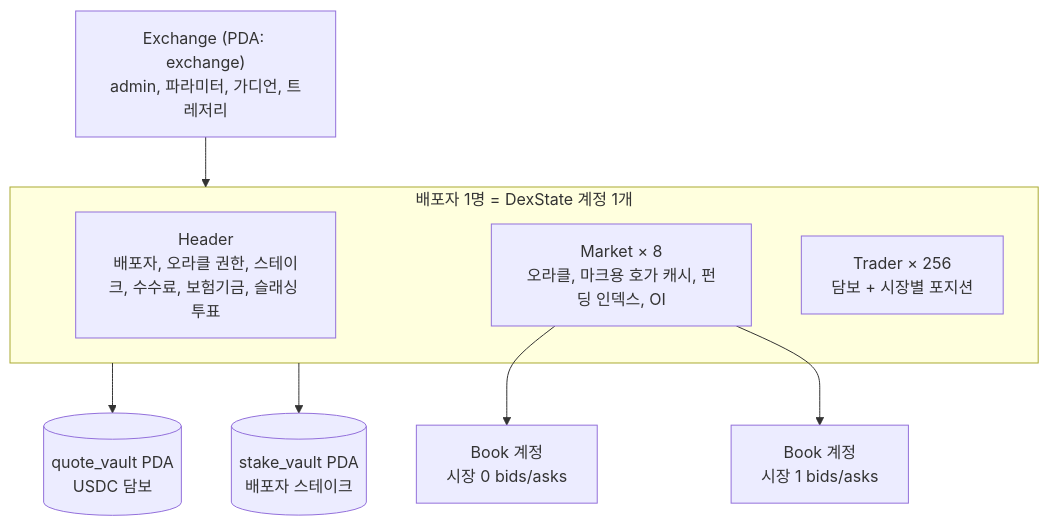
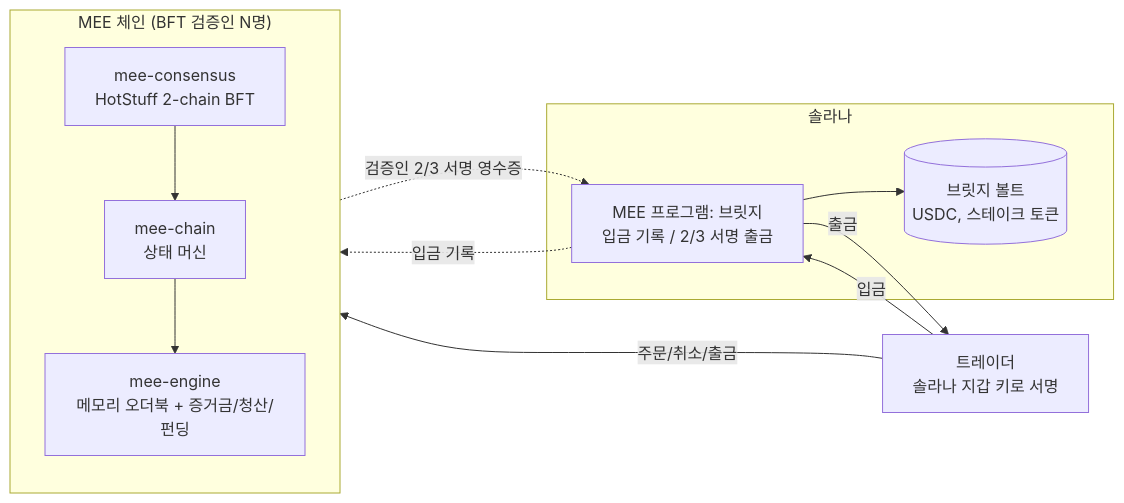
The diagram in docs/ARCHITECTURE.md (skew-labs/ticking-engine), drawn with Mermaid before and after one commit. The commit also changed other lines of this file and 1 other file, not shown here.

First line of the commit message:
Document the MEE chain architecture

````diff
--- a/docs/ARCHITECTURE.md
+++ b/docs/ARCHITECTURE.md
@@ -33,18 +6,16 @@
 ```mermaid
-flowchart TB
-    EX["Exchange (PDA: exchange)<br/>admin, 파라미터, 가디언, 트레저리"]
-    subgraph DEX["배포자 1명 = DexState 계정 1개"]
-        H[Header<br/>배포자, 오라클 권한, 스테이크, 수수료, 보험기금, 슬래싱 투표]
-        M["Market × 8<br/>오라클, 마크용 호가 캐시, 펀딩 인덱스, OI"]
-        T["Trader × 256<br/>담보 + 시장별 포지션"]
+flowchart LR
+    U[트레이더<br/>솔라나 지갑 키로 서명] -- 주문/취소/출금 --> V
+    subgraph V["MEE 체인 (BFT 검증인 N명)"]
+        C[mee-consensus<br/>HotStuff 2-chain BFT] --> S[mee-chain<br/>상태 머신]
+        S --> E[mee-engine<br/>메모리 오더북 + 증거금/청산/펀딩]
     end
-    B0[Book 계정<br/>시장 0 bids/asks]
-    B1[Book 계정<br/>시장 1 bids/asks]
-    QV[(quote_vault PDA<br/>USDC 담보)]
-    SV[(stake_vault PDA<br/>배포자 스테이크)]
-    EX --> DEX
-    M --> B0
-    M --> B1
-    DEX --> QV
-    DEX --> SV
+    subgraph SOL[솔라나]
+        B[MEE 프로그램: 브릿지<br/>입금 기록 / 2/3 서명 출금]
+        VA[(브릿지 볼트<br/>USDC, 스테이크 토큰)]
+    end
+    U -- 입금 --> B --> VA
+    B -. 입금 기록 .-> V
+    V -. 검증인 2/3 서명 영수증 .-> B
+    B -- 출금 --> U
 ```
````
